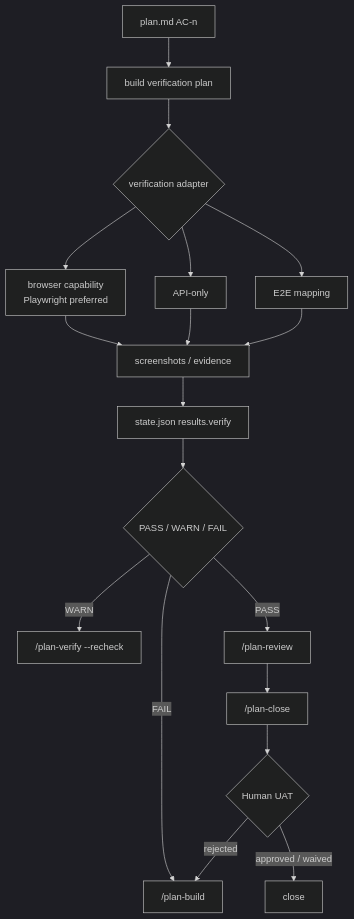
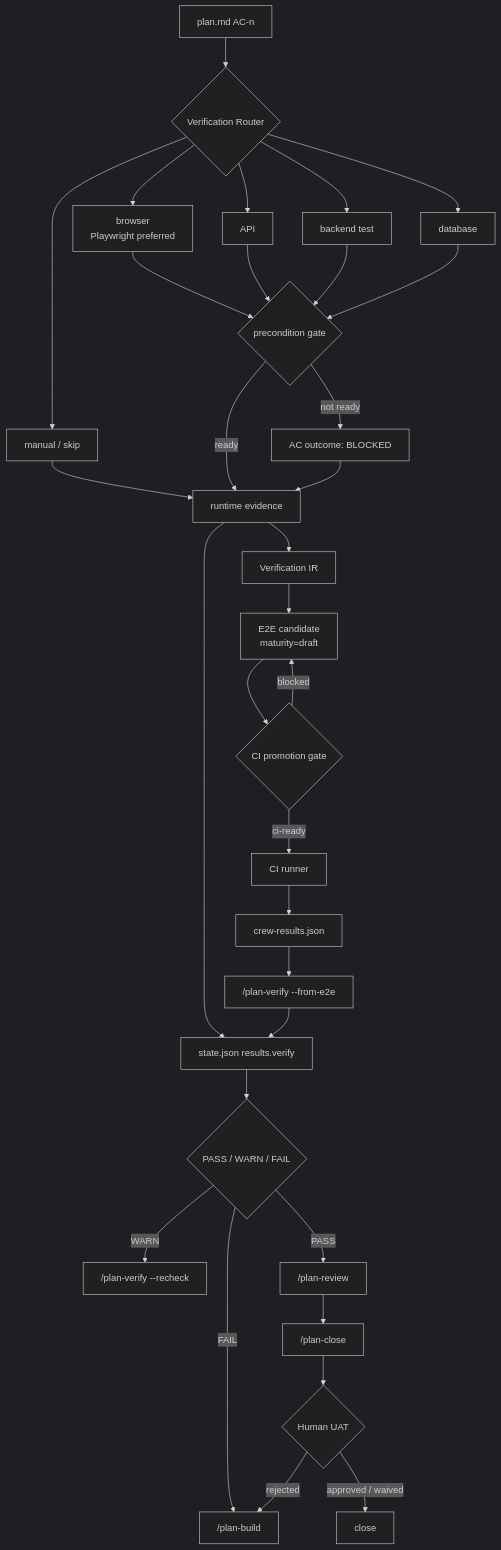
One commit to mark22013333/crew changed the fifth of 5 diagrams in plugins/feature-workflow/README.md. Above: the diagram before and after it, drawn with Mermaid (dark theme). The commit also changed other lines of this file, not shown here.

Commit message:
docs(plan-verify): show verification router and CI feedback loop

````diff
--- a/plugins/feature-workflow/README.md
+++ b/plugins/feature-workflow/README.md
@@ -309,20 +309,36 @@
 ```mermaid
 flowchart TD
-    AC["plan.md AC-n"] --> Plan["build verification plan"]
-    Plan --> Adapter{"verification adapter"}
-    Adapter --> Browser["browser capability<br/>Playwright preferred"]
-    Adapter --> API["API-only"]
-    Adapter --> E2E["E2E mapping"]
-    Browser --> Evidence["screenshots / evidence"]
-    API --> Evidence
-    E2E --> Evidence
+    AC["plan.md AC-n"] --> Router{"Verification Router"}
+    Router --> Browser["browser<br/>Playwright preferred"]
+    Router --> API["API"]
+    Router --> Backend["backend test"]
+    Router --> DB["database"]
+    Router --> Manual["manual / skip"]
+    Browser --> Pre{"precondition gate"}
+    API --> Pre
+    Backend --> Pre
+    DB --> Pre
+    Manual --> Evidence["runtime evidence"]
+    Pre -- "ready" --> Evidence
+    Pre -- "not ready" --> Blocked["AC outcome: BLOCKED"]
+    Blocked --> Evidence
+    Evidence --> IR["Verification IR"]
     Evidence --> Result["state.json results.verify"]
     Result --> Status{"PASS / WARN / FAIL"}
     Status -- "FAIL" --> Build["/plan-build"]
     Status -- "WARN" --> Recheck["/plan-verify --recheck"]
     Status -- "PASS" --> Review["/plan-review"]
+
+    IR --> Draft["E2E candidate<br/>maturity=draft"]
+    Draft --> Promote{"CI promotion gate"}
+    Promote -- "blocked" --> Draft
+    Promote -- "ci-ready" --> CI["CI runner"]
+    CI --> Artifact["crew-results.json"]
+    Artifact --> Import["/plan-verify --from-e2e"]
+    Import --> Result
+
     Review --> Close["/plan-close"]
     Close --> UAT{"Human UAT"}
     UAT -- "rejected" --> Build
     UAT -- "approved / waived" --> Done["close"]
 ```
````
